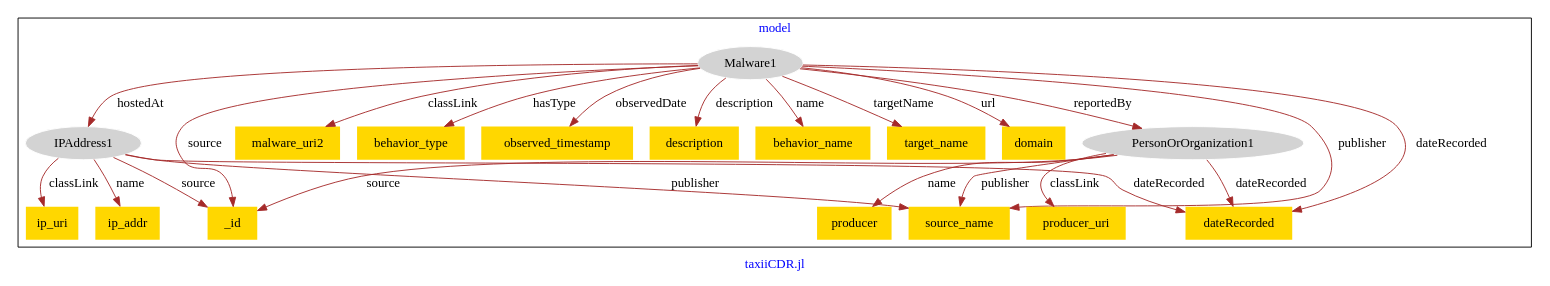
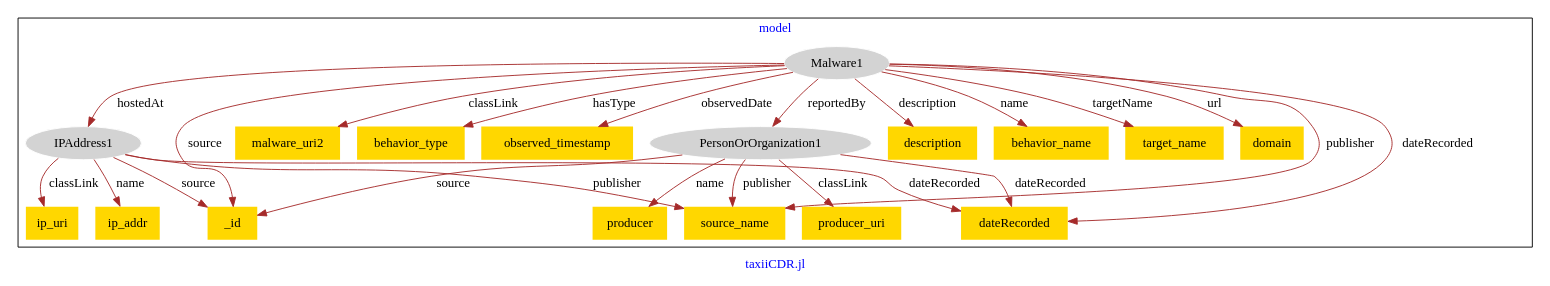
One commit to usc-isi-i2/effect-alignment changed the diagram in models/hg-taxii/hg_taxii-model.dot. Above: the diagram before and after it, drawn with Graphviz.

Commit message:
Update file hg_taxii-model.dot

```diff
--- a/models/hg-taxii/hg_taxii-model.dot
+++ b/models/hg-taxii/hg_taxii-model.dot
@@ -1,47 +1,47 @@
 digraph n0 {
 fontcolor="blue"
 remincross="true"
 label="taxiiCDR.jl"
 subgraph cluster {
 label="model"
 n2[style="filled",color="white",fillcolor="lightgray",label="IPAddress1"];
 n3[shape="plaintext",style="filled",fillcolor="gold",label="ip_uri"];
 n4[shape="plaintext",style="filled",fillcolor="gold",label="ip_addr"];
 n5[shape="plaintext",style="filled",fillcolor="gold",label="_id"];
 n6[style="filled",color="white",fillcolor="lightgray",label="Malware1"];
 n7[shape="plaintext",style="filled",fillcolor="gold",label="malware_uri2"];
 n8[shape="plaintext",style="filled",fillcolor="gold",label="behavior_type"];
 n9[shape="plaintext",style="filled",fillcolor="gold",label="observed_timestamp"];
-n10[shape="plaintext",style="filled",fillcolor="gold",label="description"];
-n11[shape="plaintext",style="filled",fillcolor="gold",label="behavior_name"];
-n12[shape="plaintext",style="filled",fillcolor="gold",label="target_name"];
-n13[shape="plaintext",style="filled",fillcolor="gold",label="domain"];
-n14[style="filled",color="white",fillcolor="lightgray",label="PersonOrOrganization1"];
+n10[style="filled",color="white",fillcolor="lightgray",label="PersonOrOrganization1"];
+n11[shape="plaintext",style="filled",fillcolor="gold",label="description"];
+n12[shape="plaintext",style="filled",fillcolor="gold",label="behavior_name"];
+n13[shape="plaintext",style="filled",fillcolor="gold",label="target_name"];
+n14[shape="plaintext",style="filled",fillcolor="gold",label="domain"];
 n15[shape="plaintext",style="filled",fillcolor="gold",label="producer_uri"];
 n16[shape="plaintext",style="filled",fillcolor="gold",label="dateRecorded"];
 n17[shape="plaintext",style="filled",fillcolor="gold",label="producer"];
 n18[shape="plaintext",style="filled",fillcolor="gold",label="source_name"];
 }
 n2 -> n3[color="brown",fontcolor="black",label="classLink"]
 n2 -> n4[color="brown",fontcolor="black",label="name"]
 n2 -> n5[color="brown",fontcolor="black",label="source"]
 n6 -> n7[color="brown",fontcolor="black",label="classLink"]
 n6 -> n8[color="brown",fontcolor="black",label="hasType"]
 n6 -> n9[color="brown",fontcolor="black",label="observedDate"]
-n6 -> n10[color="brown",fontcolor="black",label="description"]
-n6 -> n11[color="brown",fontcolor="black",label="name"]
-n6 -> n5[color="brown",fontcolor="black",label="source"]
-n6 -> n12[color="brown",fontcolor="black",label="targetName"]
-n6 -> n13[color="brown",fontcolor="black",label="url"]
-n14 -> n15[color="brown",fontcolor="black",label="classLink"]
-n14 -> n16[color="brown",fontcolor="black",label="dateRecorded"]
-n14 -> n17[color="brown",fontcolor="black",label="name"]
-n14 -> n18[color="brown",fontcolor="black",label="publisher"]
-n14 -> n5[color="brown",fontcolor="black",label="source"]
-n6 -> n14[color="brown",fontcolor="black",label="reportedBy"]
-n2 -> n18[color="brown",fontcolor="black",label="publisher"]
-n6 -> n18[color="brown",fontcolor="black",label="publisher"]
+n6 -> n10[color="brown",fontcolor="black",label="reportedBy"]
+n6 -> n11[color="brown",fontcolor="black",label="description"]
+n6 -> n12[color="brown",fontcolor="black",label="name"]
+n6 -> n13[color="brown",fontcolor="black",label="targetName"]
+n6 -> n14[color="brown",fontcolor="black",label="url"]
+n10 -> n15[color="brown",fontcolor="black",label="classLink"]
+n10 -> n16[color="brown",fontcolor="black",label="dateRecorded"]
+n10 -> n17[color="brown",fontcolor="black",label="name"]
+n10 -> n18[color="brown",fontcolor="black",label="publisher"]
+n10 -> n5[color="brown",fontcolor="black",label="source"]
 n2 -> n16[color="brown",fontcolor="black",label="dateRecorded"]
 n6 -> n2[color="brown",fontcolor="black",label="hostedAt"]
+n6 -> n5[color="brown",fontcolor="black",label="source"]
+n6 -> n18[color="brown",fontcolor="black",label="publisher"]
 n6 -> n16[color="brown",fontcolor="black",label="dateRecorded"]
+n2 -> n18[color="brown",fontcolor="black",label="publisher"]
 }
```
